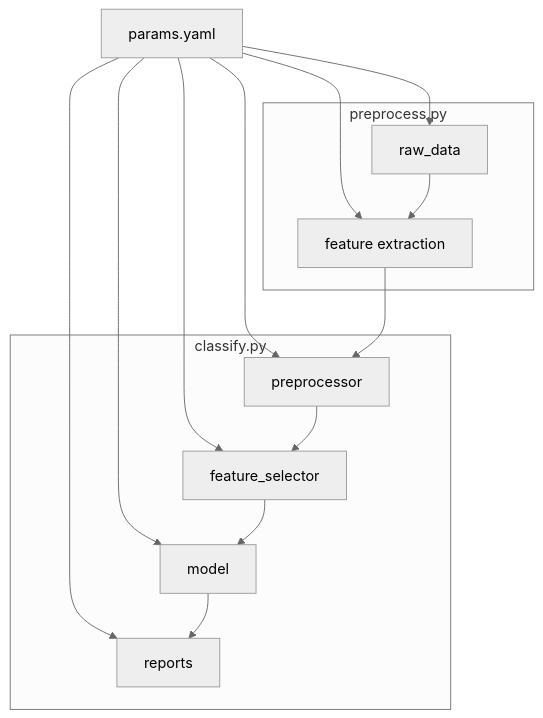
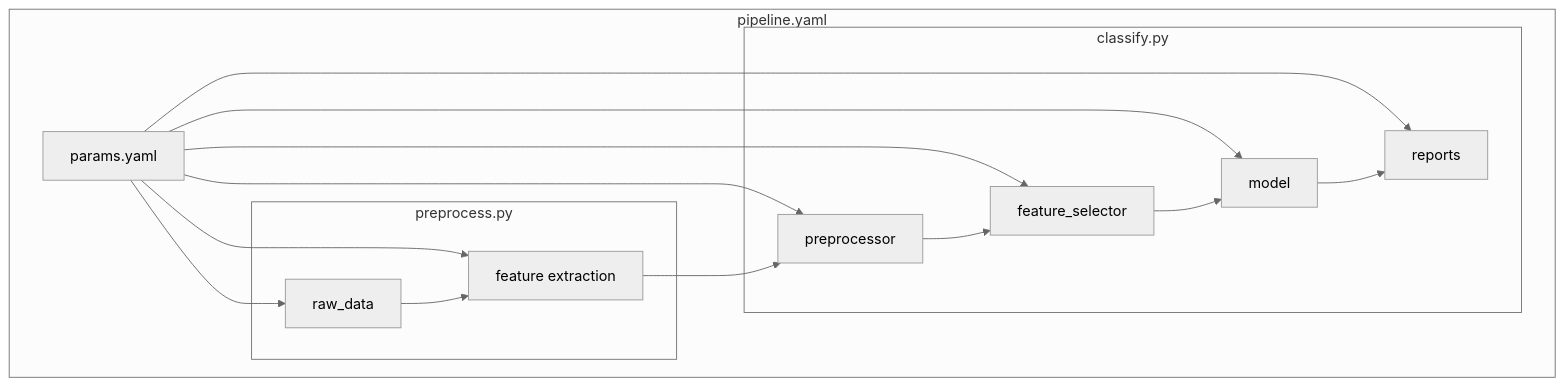
Before and after one commit to simplymathematics/as_activity_recognition: the diagram in README.md, drawn with Mermaid (neutral theme).

````diff
--- a/README.md
+++ b/README.md
@@ -8,25 +8,27 @@
 ```mermaid
 flowchart TD
+	subgraph pipeline.yaml
 	raw["raw_data"]
 	feat["feature extraction"]
 	pre["preprocessor"]
 	sel["feature_selector"]
 	model["model"]
 	params["params.yaml"]
 	reports["reports"]
 	
 	params-->raw
 	params-->feat
 	params-->pre
 	params-->sel
 	params-->model
 	params-->reports
 	
 	subgraph preprocess.py
 	raw-->feat
 	end
 	feat-->pre
 	subgraph classify.py
 	pre-->sel-->model-->reports
 	end
+	end
 ```
````
